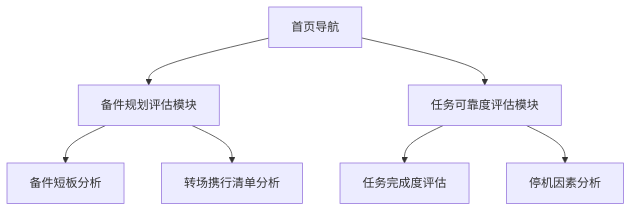
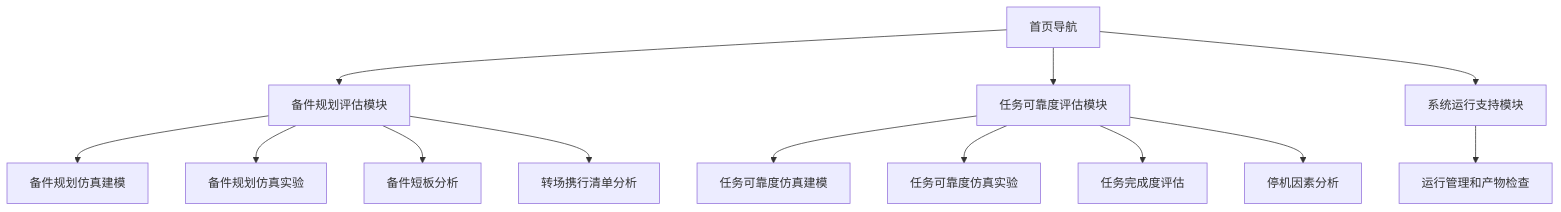
Before and after one commit to jihegao/spare_mvp: the diagram in docs/prd.md, drawn with Mermaid. The commit also changed other lines of this file and 5 other files, not shown here.

````diff
--- a/docs/prd.md
+++ b/docs/prd.md
@@ -52,9 +94,15 @@
 ```mermaid
 flowchart TD
     A["首页导航"] --> B["备件规划评估模块"]
     A --> C["任务可靠度评估模块"]
-    B --> B1["备件短板分析"]
-    B --> B2["转场携行清单分析"]
-    C --> C1["任务完成度评估"]
-    C --> C2["停机因素分析"]
+    A --> D["系统运行支持模块"]
+    B --> B1["备件规划仿真建模"]
+    B --> B2["备件规划仿真实验"]
+    B --> B3["备件短板分析"]
+    B --> B4["转场携行清单分析"]
+    C --> C1["任务可靠度仿真建模"]
+    C --> C2["任务可靠度仿真实验"]
+    C --> C3["任务完成度评估"]
+    C --> C4["停机因素分析"]
+    D --> D1["运行管理和产物检查"]
 ```
````
